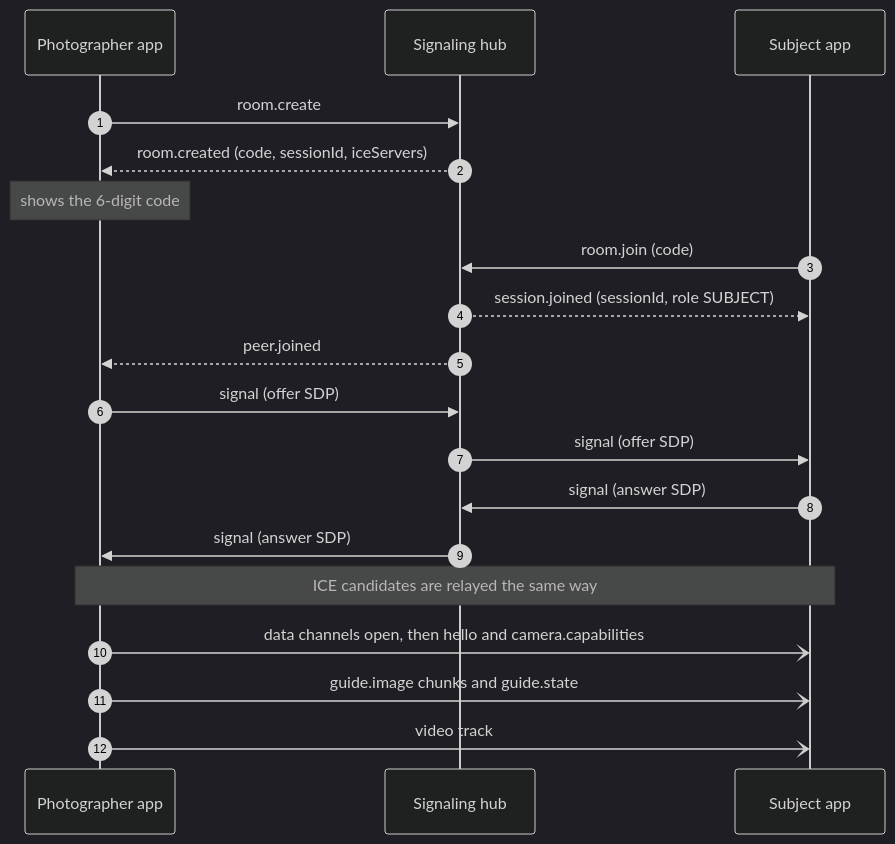
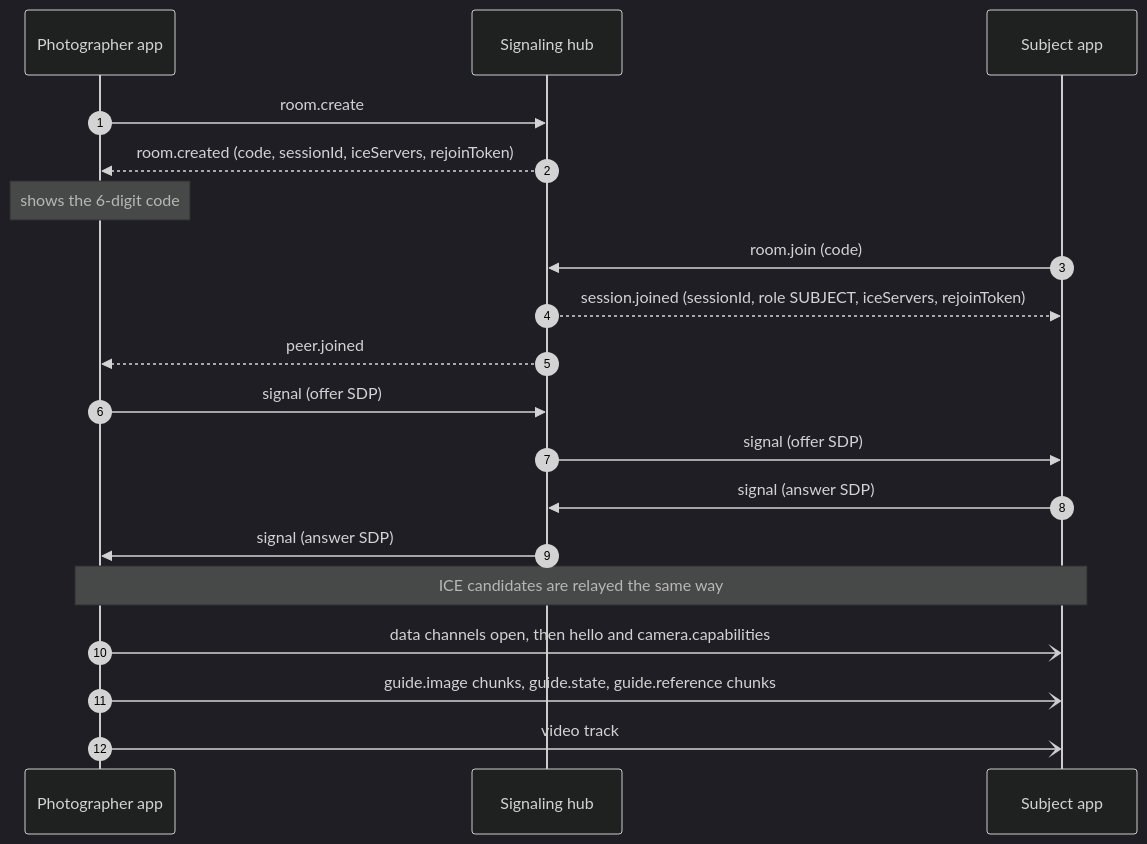
The first of 13 diagrams in wiki/Design-Documentation.md (snuhcs-course/swpp-2026-project-team-10), drawn with Mermaid (dark theme) before and after one commit. The commit also changed other lines of this file and 4 other files, not shown here.

````diff
--- a/wiki/Design-Documentation.md
+++ b/wiki/Design-Documentation.md
@@ -164,21 +165,21 @@
 ```mermaid
 sequenceDiagram
   autonumber
   participant P as Photographer app
   participant SV as Signaling hub
   participant S as Subject app
   P->>SV: room.create
-  SV-->>P: room.created (code, sessionId, iceServers)
+  SV-->>P: room.created (code, sessionId, iceServers, rejoinToken)
   Note over P: shows the 6-digit code
   S->>SV: room.join (code)
-  SV-->>S: session.joined (sessionId, role SUBJECT)
+  SV-->>S: session.joined (sessionId, role SUBJECT, iceServers, rejoinToken)
   SV-->>P: peer.joined
   P->>SV: signal (offer SDP)
   SV->>S: signal (offer SDP)
   S->>SV: signal (answer SDP)
   SV->>P: signal (answer SDP)
   Note over P,S: ICE candidates are relayed the same way
   P-)S: data channels open, then hello and camera.capabilities
-  P-)S: guide.image chunks and guide.state
+  P-)S: guide.image chunks, guide.state, guide.reference chunks
   P-)S: video track
 ```
````
